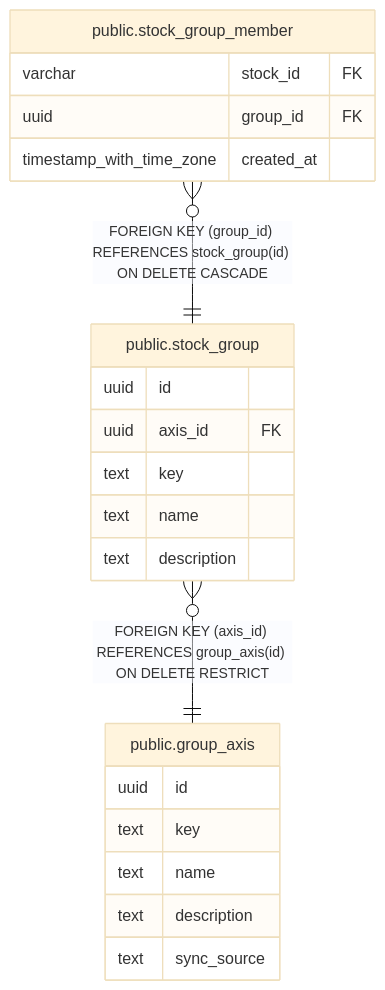
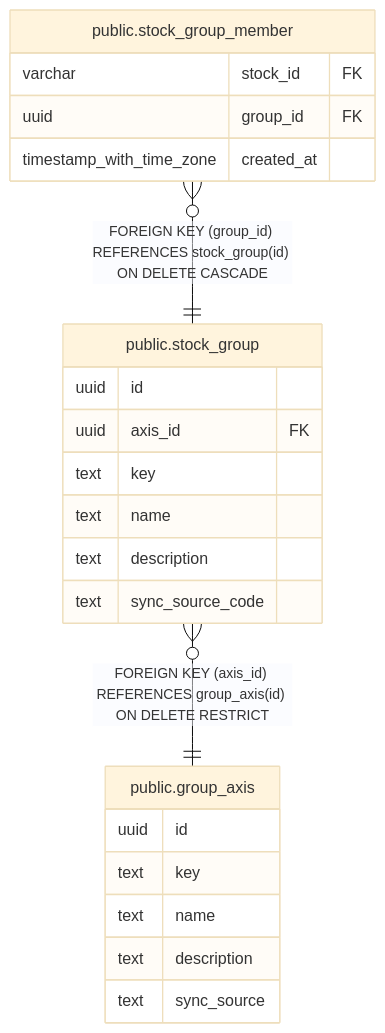
The diagram in backend/docs/db/public.stock_group.md (fohte/t-rader), drawn with Mermaid (base theme) before and after one commit. The commit also changed other lines of this file and 25 other files, not shown here.

````diff
--- a/backend/docs/db/public.stock_group.md
+++ b/backend/docs/db/public.stock_group.md
@@ -33,26 +34,27 @@
 ```mermaid
 erDiagram
 
 "public.stock_group_member" }o--|| "public.stock_group" : "FOREIGN KEY (group_id) REFERENCES stock_group(id) ON DELETE CASCADE"
 "public.stock_group" }o--|| "public.group_axis" : "FOREIGN KEY (axis_id) REFERENCES group_axis(id) ON DELETE RESTRICT"
 
 "public.stock_group" {
   uuid id
   uuid axis_id FK
   text key
   text name
   text description
+  text sync_source_code
 }
 "public.stock_group_member" {
   varchar stock_id FK
   uuid group_id FK
   timestamp_with_time_zone created_at
 }
 "public.group_axis" {
   uuid id
   text key
   text name
   text description
   text sync_source
 }
 ```
````
